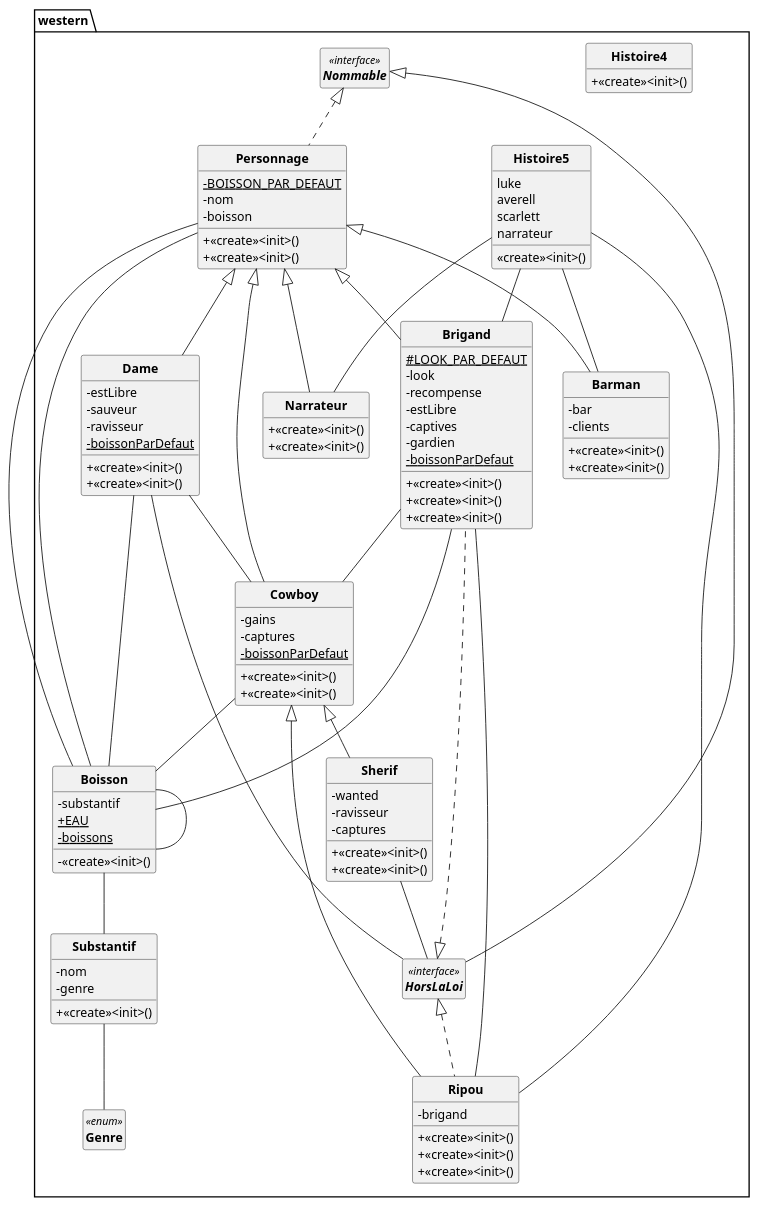
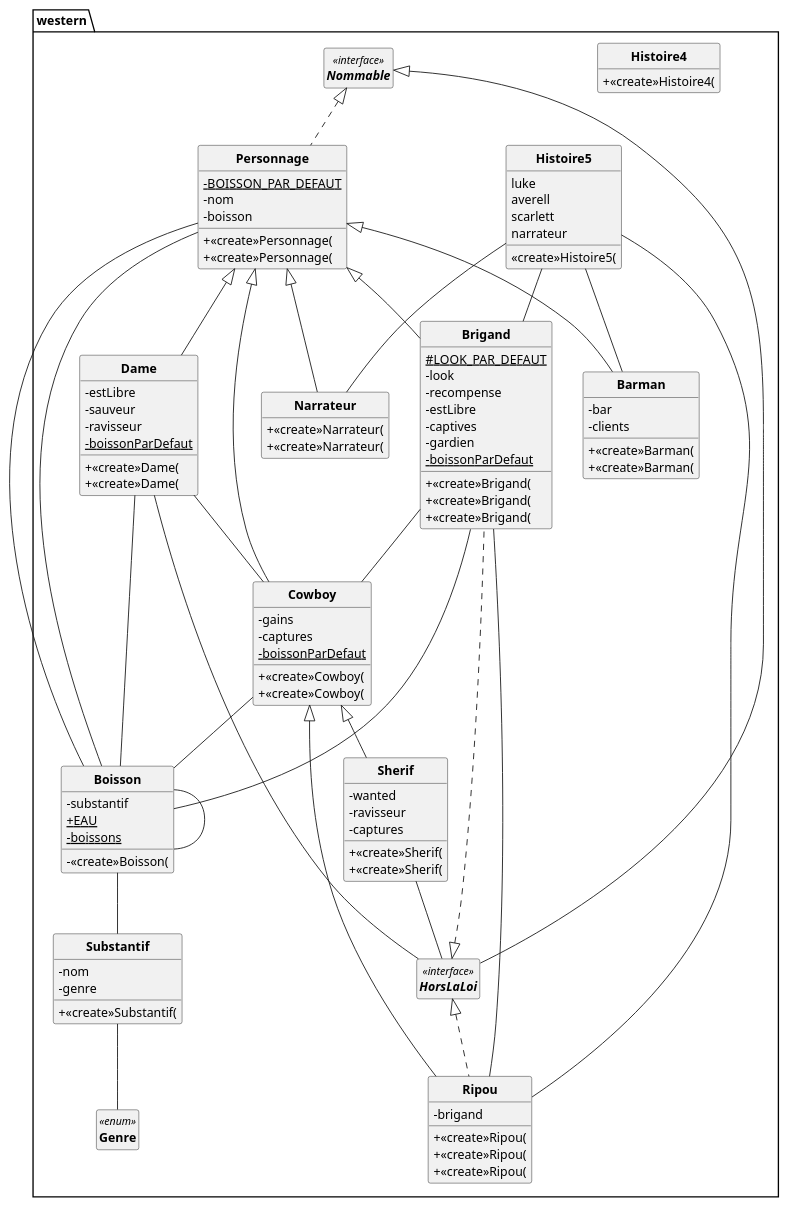
One commit to D3B1RUM4N/PumlFromJava changed the diagram in DCC_pumlCode.puml. Above: the diagram before and after it, drawn with PlantUML. The commit also changed 2 other files, not shown here.

```diff
--- a/DCC_pumlCode.puml
+++ b/DCC_pumlCode.puml
@@ -1,144 +1,144 @@
 @startuml
 
 'UML GENERE PAR CODE :)
 
 skinparam style strictuml
 skinparam classAttributeIconSize 0
 skinparam classFontStyle Bold
 hide empty members
 
 PACKAGE western{
 	CLASS Barman  extends Personnage {
-		+<<create>><init>()
-		+<<create>><init>()
+		+<<create>>Barman(
+		+<<create>>Barman(
 		-bar
 		-clients
 	}
 
 
 	CLASS Boisson  {
 		-substantif
 		+{static}EAU
 		-{static}boissons
-		-<<create>><init>()
+		-<<create>>Boisson(
 	}
 Boisson -- Substantif
 Boisson -- Boisson
 
 
 	CLASS Brigand  extends Personnage implements HorsLaLoi {
 		#{static}LOOK_PAR_DEFAUT
 		-look
 		-recompense
 		-estLibre
 		-captives
 		-gardien
-		+<<create>><init>()
-		+<<create>><init>()
-		+<<create>><init>()
+		+<<create>>Brigand(
+		+<<create>>Brigand(
+		+<<create>>Brigand(
 		-{static}boissonParDefaut
 	}
 Brigand -- Cowboy
 Brigand -- Boisson
 
 
 	CLASS Cowboy  extends Personnage {
 		-gains
 		-captures
-		+<<create>><init>()
-		+<<create>><init>()
+		+<<create>>Cowboy(
+		+<<create>>Cowboy(
 		-{static}boissonParDefaut
 	}
 Cowboy -- Boisson
 
 
 	CLASS Dame  extends Personnage {
 		-estLibre
 		-sauveur
 		-ravisseur
-		+<<create>><init>()
-		+<<create>><init>()
+		+<<create>>Dame(
+		+<<create>>Dame(
 		-{static}boissonParDefaut
 	}
 Dame -- Cowboy
 Dame -- HorsLaLoi
 Dame -- Boisson
 
 
 	ENUM Genre<<enum>>{
 
 	}
 
 	CLASS Histoire4  {
-		+<<create>><init>()
+		+<<create>>Histoire4(
 	}
 
 
 	CLASS Histoire5  {
-		<<create>><init>()
+		<<create>>Histoire5(
 		luke
 		averell
 		scarlett
 		narrateur
 	}
 Histoire5 -- Barman
 Histoire5 -- Brigand
 Histoire5 -- Ripou
 Histoire5 -- Narrateur
 
 
 	INTERFACE HorsLaLoi <<interface>>  implements Nommable{
 
 	}
 
 	CLASS Narrateur  extends Personnage {
-		+<<create>><init>()
-		+<<create>><init>()
+		+<<create>>Narrateur(
+		+<<create>>Narrateur(
 	}
 
 
 	INTERFACE Nommable <<interface>> {
 
 	}
 
 	CLASS Personnage  implements Nommable {
 		-{static}BOISSON_PAR_DEFAUT
 		-nom
 		-boisson
-		+<<create>><init>()
-		+<<create>><init>()
+		+<<create>>Personnage(
+		+<<create>>Personnage(
 	}
 Personnage -- Boisson
 Personnage -- Boisson
 
 
 	CLASS Ripou  extends Cowboy implements HorsLaLoi {
 		-brigand
-		+<<create>><init>()
-		+<<create>><init>()
-		+<<create>><init>()
+		+<<create>>Ripou(
+		+<<create>>Ripou(
+		+<<create>>Ripou(
 	}
 Ripou -- Brigand
 
 
 	CLASS Sherif  extends Cowboy {
-		+<<create>><init>()
-		+<<create>><init>()
+		+<<create>>Sherif(
+		+<<create>>Sherif(
 		-wanted
 		-ravisseur
 		-captures
 	}
 Sherif -- HorsLaLoi
 
 
 	CLASS Substantif  {
 		-nom
 		-genre
-		+<<create>><init>()
+		+<<create>>Substantif(
 	}
 Substantif -- Genre
 
 
 
 }
 @enduml
```
